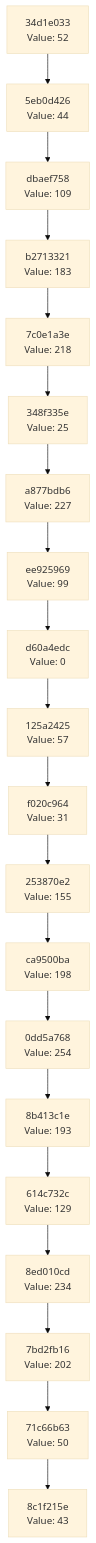
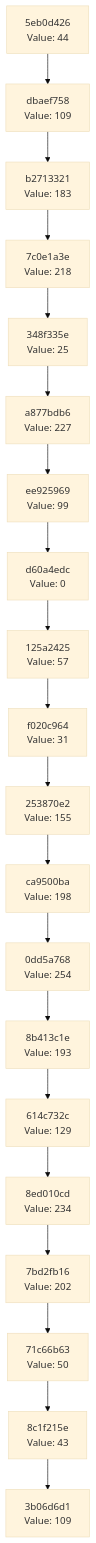
One commit to Abhisheksinha1506/hash-chain-evolver changed the diagram in docs/CHAIN_VISUALIZATION.md. Above: the diagram before and after it, drawn with Mermaid (base theme). The commit also changed 1 other file, not shown here.

Commit message:
Evolution step: hash 0x6D → action executed

````diff
--- a/docs/CHAIN_VISUALIZATION.md
+++ b/docs/CHAIN_VISUALIZATION.md
@@ -3,42 +3,42 @@
 ```mermaid
 graph TD
-    C0["8c1f215e<br/>Value: 43"]
-    C1["71c66b63<br/>Value: 50"]
+    C0["3b06d6d1<br/>Value: 109"]
+    C1["8c1f215e<br/>Value: 43"]
     C1 --> C0
-    C2["7bd2fb16<br/>Value: 202"]
+    C2["71c66b63<br/>Value: 50"]
     C2 --> C1
-    C3["8ed010cd<br/>Value: 234"]
+    C3["7bd2fb16<br/>Value: 202"]
     C3 --> C2
-    C4["614c732c<br/>Value: 129"]
+    C4["8ed010cd<br/>Value: 234"]
     C4 --> C3
-    C5["8b413c1e<br/>Value: 193"]
+    C5["614c732c<br/>Value: 129"]
     C5 --> C4
-    C6["0dd5a768<br/>Value: 254"]
+    C6["8b413c1e<br/>Value: 193"]
     C6 --> C5
-    C7["ca9500ba<br/>Value: 198"]
+    C7["0dd5a768<br/>Value: 254"]
     C7 --> C6
-    C8["253870e2<br/>Value: 155"]
+    C8["ca9500ba<br/>Value: 198"]
     C8 --> C7
-    C9["f020c964<br/>Value: 31"]
+    C9["253870e2<br/>Value: 155"]
     C9 --> C8
-    C10["125a2425<br/>Value: 57"]
+    C10["f020c964<br/>Value: 31"]
     C10 --> C9
-    C11["d60a4edc<br/>Value: 0"]
+    C11["125a2425<br/>Value: 57"]
     C11 --> C10
-    C12["ee925969<br/>Value: 99"]
+    C12["d60a4edc<br/>Value: 0"]
     C12 --> C11
-    C13["a877bdb6<br/>Value: 227"]
+    C13["ee925969<br/>Value: 99"]
     C13 --> C12
-    C14["348f335e<br/>Value: 25"]
+    C14["a877bdb6<br/>Value: 227"]
     C14 --> C13
-    C15["7c0e1a3e<br/>Value: 218"]
+    C15["348f335e<br/>Value: 25"]
     C15 --> C14
-    C16["b2713321<br/>Value: 183"]
+    C16["7c0e1a3e<br/>Value: 218"]
     C16 --> C15
-    C17["dbaef758<br/>Value: 109"]
+    C17["b2713321<br/>Value: 183"]
     C17 --> C16
-    C18["5eb0d426<br/>Value: 44"]
+    C18["dbaef758<br/>Value: 109"]
     C18 --> C17
-    C19["34d1e033<br/>Value: 52"]
+    C19["5eb0d426<br/>Value: 44"]
     C19 --> C18
 ```
````
